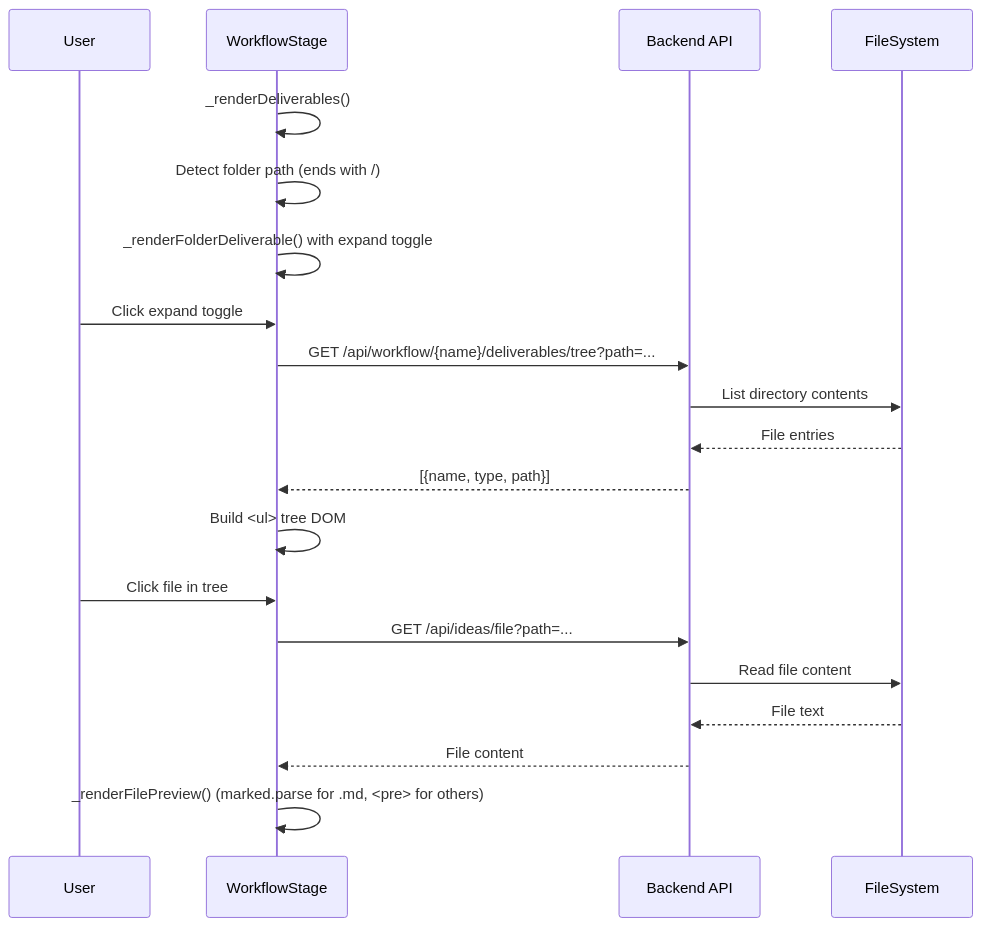
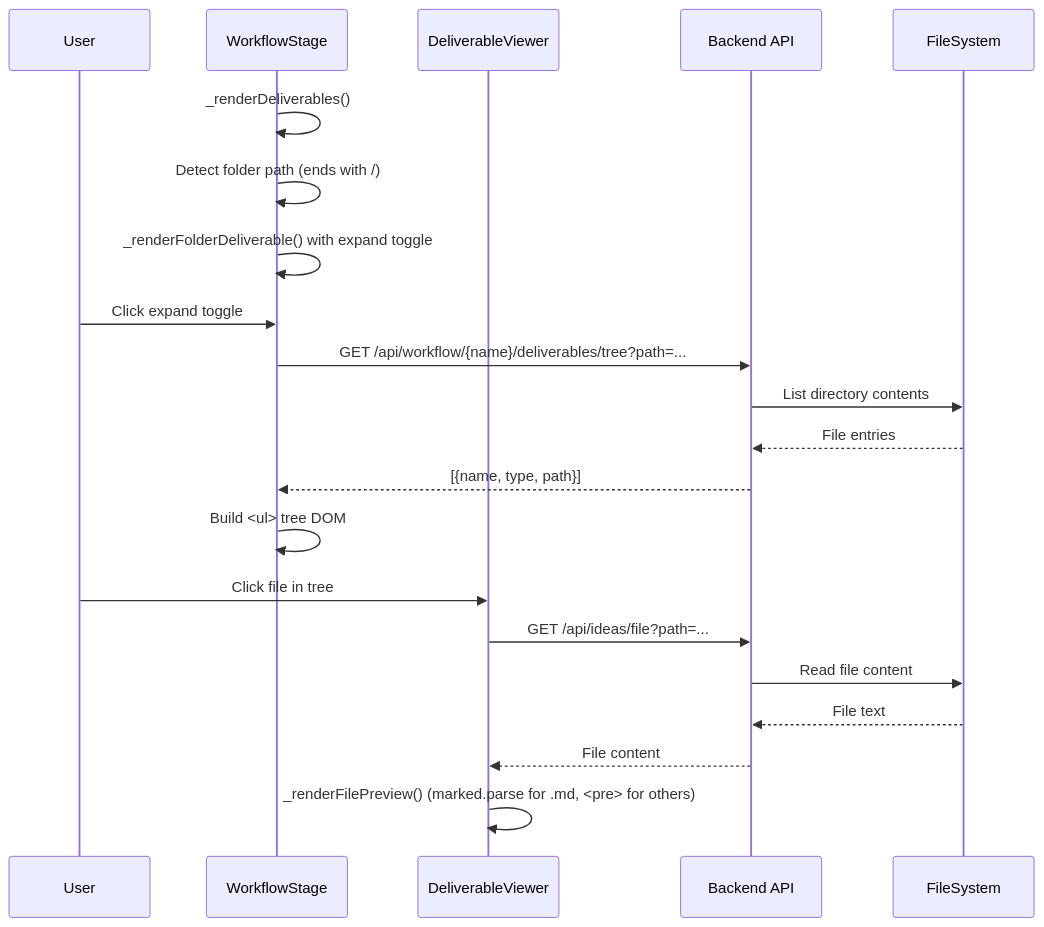
Before and after one commit to Young-Z/X-IPE: the first of 4 diagrams in x-ipe-docs/requirements/EPIC-038/FEATURE-038-C/technical-design.md, drawn with Mermaid. The commit also changed other lines of this file and 57 other files, not shown here.

First line of the commit message:
v1.1.17: deliverable viewer updates, playground/closing skill refinements, DAO cleanup

````diff
--- a/x-ipe-docs/requirements/EPIC-038/FEATURE-038-C/technical-design.md
+++ b/x-ipe-docs/requirements/EPIC-038/FEATURE-038-C/technical-design.md
@@ -64,25 +105,26 @@
 ```mermaid
 sequenceDiagram
     participant U as User
     participant WS as WorkflowStage
+    participant DV as DeliverableViewer
     participant API as Backend API
     participant FS as FileSystem
 
     WS->>WS: _renderDeliverables()
     WS->>WS: Detect folder path (ends with /)
     WS->>WS: _renderFolderDeliverable() with expand toggle
 
     U->>WS: Click expand toggle
     WS->>API: GET /api/workflow/{name}/deliverables/tree?path=...
     API->>FS: List directory contents
     FS-->>API: File entries
     API-->>WS: [{name, type, path}]
     WS->>WS: Build <ul> tree DOM
 
-    U->>WS: Click file in tree
-    WS->>API: GET /api/ideas/file?path=...
+    U->>DV: Click file in tree
+    DV->>API: GET /api/ideas/file?path=...
     API->>FS: Read file content
     FS-->>API: File text
-    API-->>WS: File content
-    WS->>WS: _renderFilePreview() (marked.parse for .md, <pre> for others)
+    API-->>DV: File content
+    DV->>DV: _renderFilePreview() (marked.parse for .md, <pre> for others)
 ```
````
